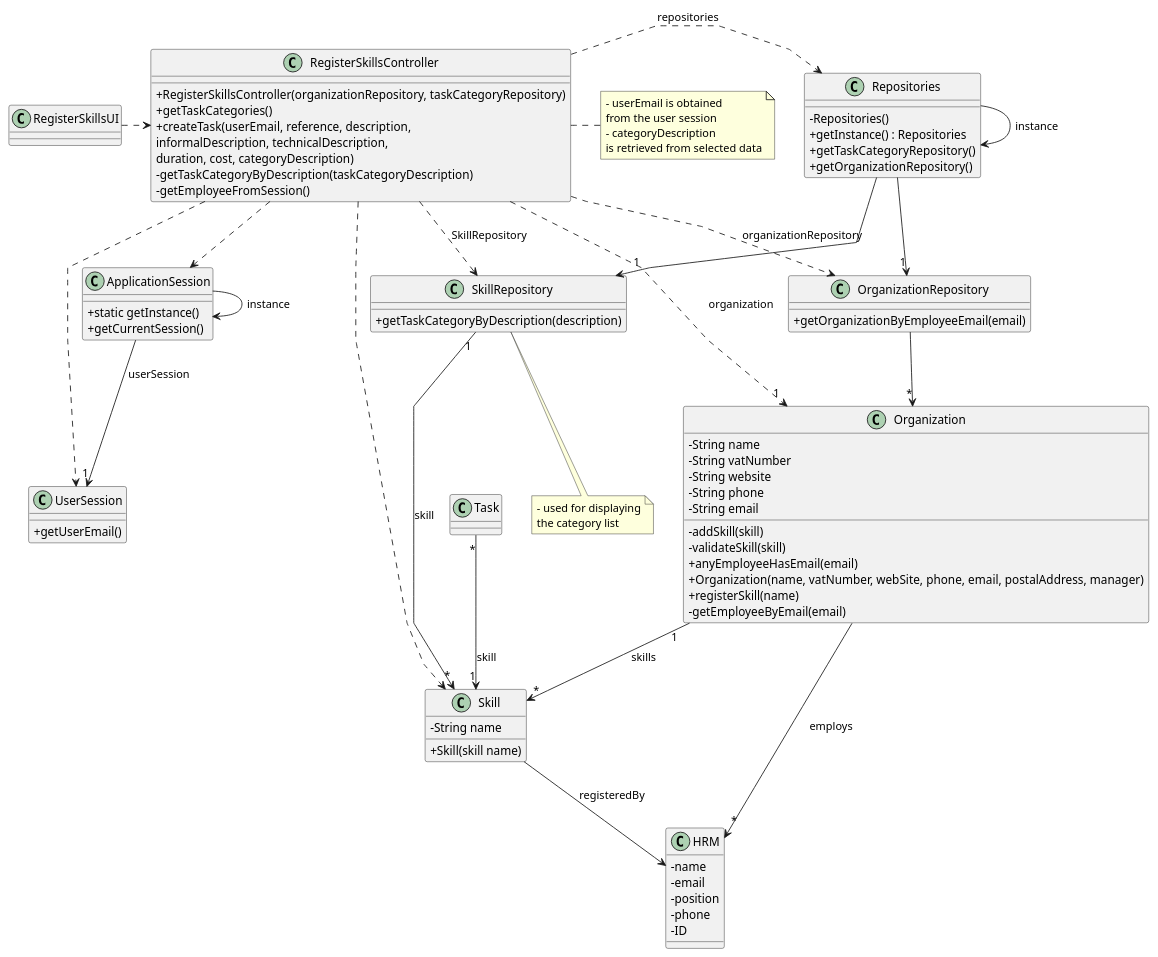
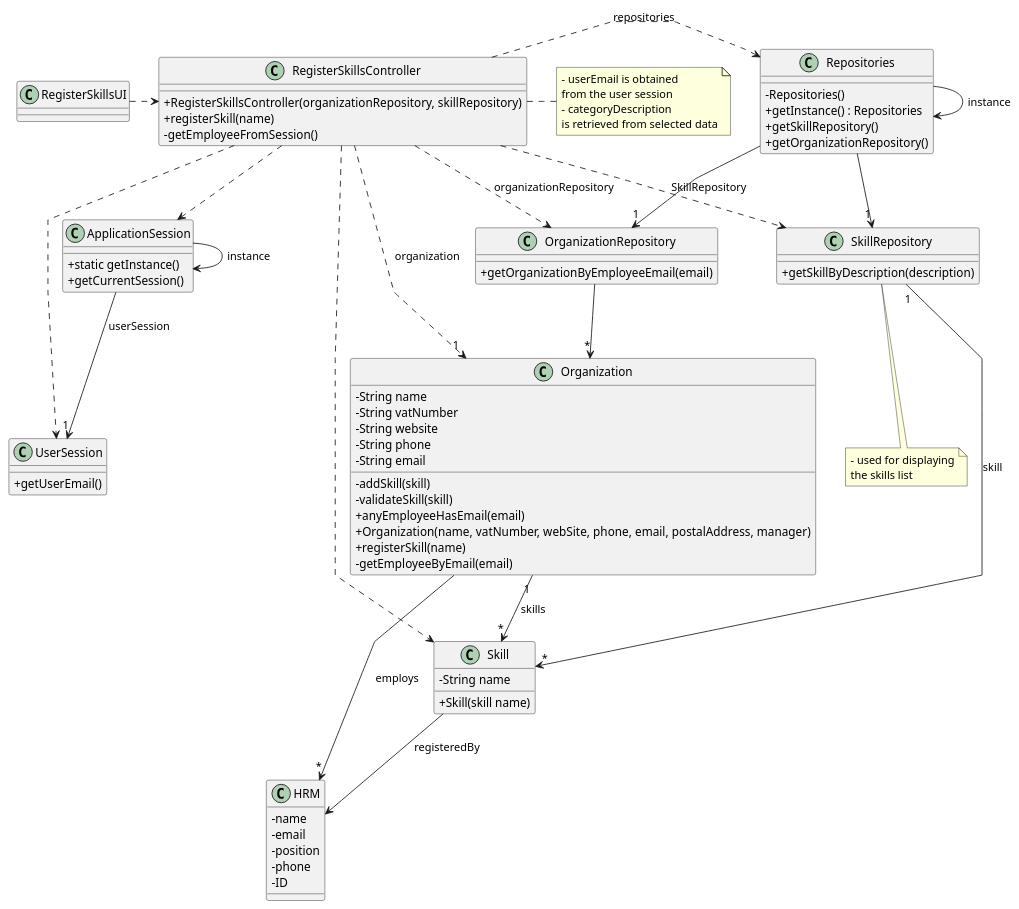
The diagram in docs/sprintB/us001/03.design/puml/us001-class-diagram.puml (Departamento-de-Engenharia-Informatica/lei-24-s2-1dl-g121), drawn with PlantUML before and after one commit. The commit also changed 16 other files, not shown here.

```diff
--- a/docs/sprintB/us001/03.design/puml/us001-class-diagram.puml
+++ b/docs/sprintB/us001/03.design/puml/us001-class-diagram.puml
@@ -1,121 +1,121 @@
 @startuml
 'skinparam monochrome true
 skinparam packageStyle rectangle
 skinparam shadowing false
 skinparam linetype polyline
 'skinparam linetype orto
 
 skinparam classAttributeIconSize 0
 
 'left to right direction
 
 class ApplicationSession
 {
     + static getInstance()
     + getCurrentSession()
 }
 
 class UserSession
 {
     + getUserEmail()
 }
 
 class HRM {
     - name
     - email
     - position
     - phone
     - ID
 }
 
 class Skill {
     - String name
 
     + Skill(skill name)
 }
 
 
 class Organization {
     - String name
     - String vatNumber
     - String website
     - String phone
     - String email
 
     - addSkill(skill)
     - validateSkill(skill)
     + anyEmployeeHasEmail(email)
     + Organization(name, vatNumber, webSite, phone, email, postalAddress, manager)
     + registerSkill(name)
     - getEmployeeByEmail(email)
 
 '  +saveTask(task)
 }
 
 class SkillRepository {
-    + getTaskCategoryByDescription(description)
+    + getSkillByDescription(description)
 }
 
 class OrganizationRepository {
     + getOrganizationByEmployeeEmail(email)
 }
 
 class Repositories {
     - Repositories()
     + getInstance() : Repositories
-    + getTaskCategoryRepository()
+    + getSkillRepository()
     + getOrganizationRepository()
 }
 
 class RegisterSkillsController {
-    + RegisterSkillsController(organizationRepository, taskCategoryRepository)
-    + getTaskCategories()
-    + createTask(userEmail, reference, description,\ninformalDescription, technicalDescription,\nduration, cost, categoryDescription)
-    - getTaskCategoryByDescription(taskCategoryDescription)
+    + RegisterSkillsController(organizationRepository, skillRepository)
+    '+ getTaskCategories()
+    + registerSkill(name)
+    '- getTaskCategoryByDescription(taskCategoryDescription)
     - getEmployeeFromSession()
 }
 
 note right of RegisterSkillsController
     - userEmail is obtained
     from the user session
     - categoryDescription
     is retrieved from selected data
 end note
 
 note bottom of SkillRepository
     - used for displaying
-    the category list
+    the skills list
 end note
 
 class RegisterSkillsUI {
 }
 
 Repositories -> Repositories : instance
 ApplicationSession -> ApplicationSession : instance
 
 RegisterSkillsUI .> RegisterSkillsController
 
 RegisterSkillsController .> Repositories : repositories
 
 Repositories -> "1" SkillRepository
 
 RegisterSkillsController ..> Skill
 RegisterSkillsController ..> OrganizationRepository : organizationRepository
 RegisterSkillsController ..> SkillRepository : SkillRepository
 
 Repositories --> "1" OrganizationRepository
 
 OrganizationRepository --> "*" Organization
 ApplicationSession --> "1" UserSession : userSession
 
 RegisterSkillsController ..> "1" Organization : organization
 RegisterSkillsController ..> ApplicationSession
 RegisterSkillsController ..> UserSession
-Task "*" --> "1" Skill : skill
+' Task "*" --> "1" Skill : skill
 SkillRepository "1" --> "*" Skill : skill
 Organization "1" --> "*" Skill : skills
 Skill --> HRM : registeredBy
 
 Organization --> "*" HRM : employs
 
 @enduml
```
